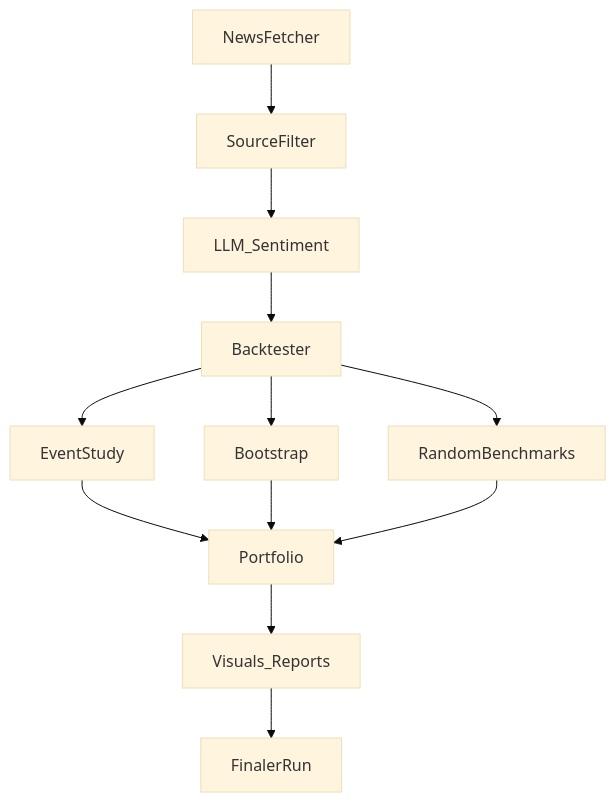
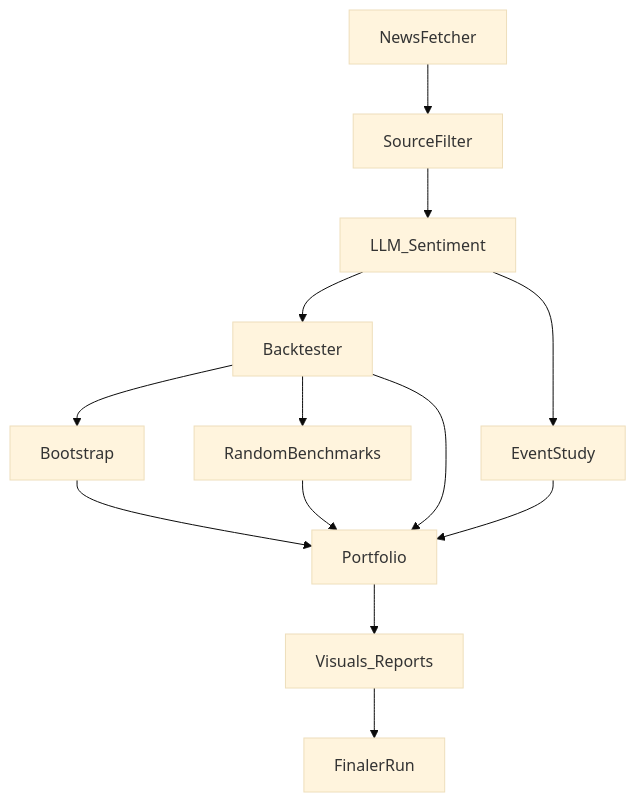
Before and after one commit to Lugier/intraday-news-sentiment-backtester: the diagram in README.md, drawn with Mermaid (base theme). The commit also changed other lines of this file, not shown here.

Commit message:
docs: Diagramm aktualisiert – EventStudy parallel/ unabhängig vom Backtester + Hinweis

````diff
--- a/README.md
+++ b/README.md
@@ -56,14 +56,15 @@
 ```mermaid
 graph TD
     A[NewsFetcher] --> B[SourceFilter]
     B --> C[LLM_Sentiment]
     C --> D[Backtester]
-    D --> E[EventStudy]
+    C --> E[EventStudy]
     D --> F[Bootstrap]
     D --> G[RandomBenchmarks]
-    E --> H[Portfolio]
+    D --> H[Portfolio]
+    E --> H
     F --> H
     G --> H
     H --> I[Visuals_Reports]
     I --> J[FinalerRun]
 ```
````
